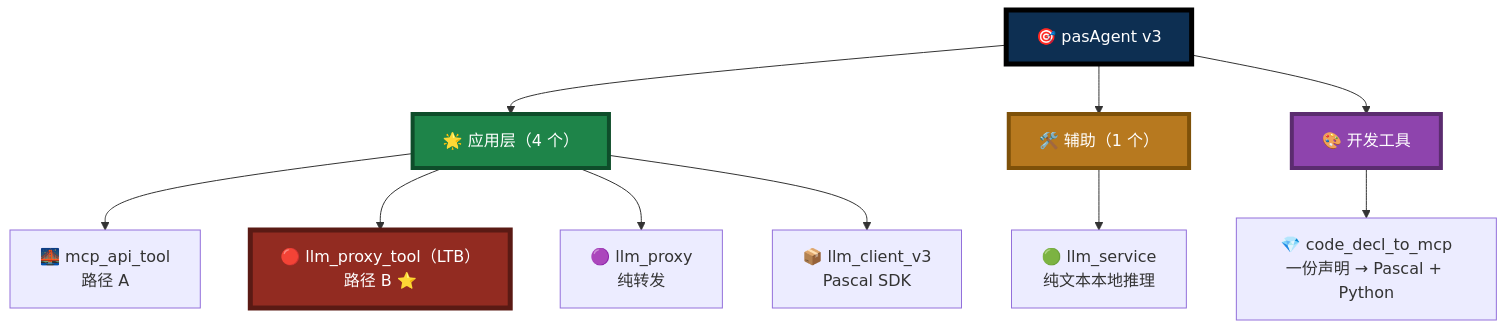
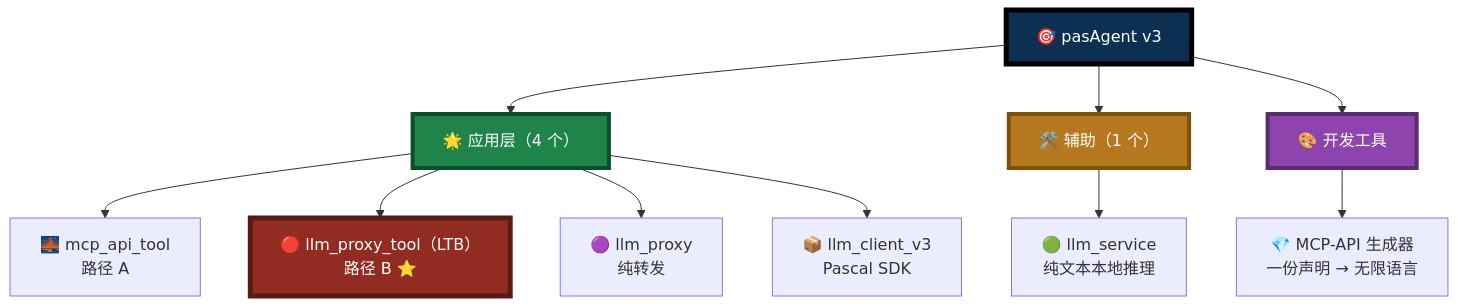
Before and after one commit to PassByYou888/LingoFuse-pasAgent-v3: the second of 12 diagrams in Pascal_Integration_Guide.md, drawn with Mermaid. The commit also changed other lines of this file and 83 other files, not shown here.

````diff
--- a/Pascal_Integration_Guide.md
+++ b/Pascal_Integration_Guide.md
@@ -62,23 +62,23 @@
 ```mermaid
 flowchart TB
     ROOT["🎯 pasAgent v3"]
 
     ROOT --> APPS["🌟 应用层（4 个）"]
     ROOT --> AUX["🛠️ 辅助（1 个）"]
     ROOT --> DEV["🎨 开发工具"]
 
     APPS --> A1["🌉 mcp_api_tool<br/>路径 A"]
     APPS --> A2["🔴 llm_proxy_tool（LTB）<br/>路径 B ⭐"]
     APPS --> A3["🟣 llm_proxy<br/>纯转发"]
     APPS --> A4["📦 llm_client_v3<br/>Pascal SDK"]
 
     AUX --> B1["🟢 llm_service<br/>纯文本本地推理"]
 
-    DEV --> C1["💎 code_decl_to_mcp<br/>一份声明 → Pascal + Python"]
+    DEV --> C1["💎 MCP-API 生成器<br/>一份声明 → 无限语言"]
 
     style ROOT fill:#0D2F52,stroke:#000000,stroke-width:5px,color:#FFFFFF
     style APPS fill:#1E8449,stroke:#0E4D2A,stroke-width:4px,color:#FFFFFF
     style AUX fill:#B7791F,stroke:#7E5109,stroke-width:4px,color:#FFFFFF
     style DEV fill:#8E44AD,stroke:#5B2C6F,stroke-width:4px,color:#FFFFFF
     style A2 fill:#922B21,stroke:#5A1A14,stroke-width:5px,color:#FFFFFF
 ```
````
